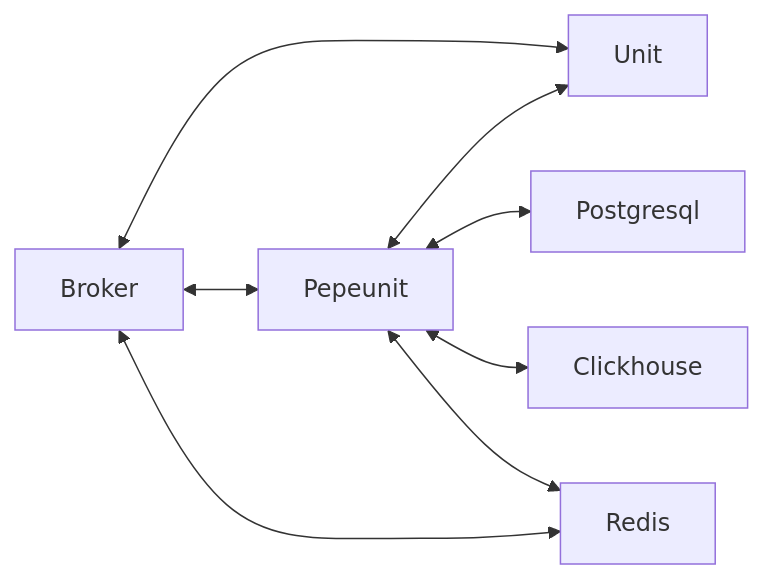
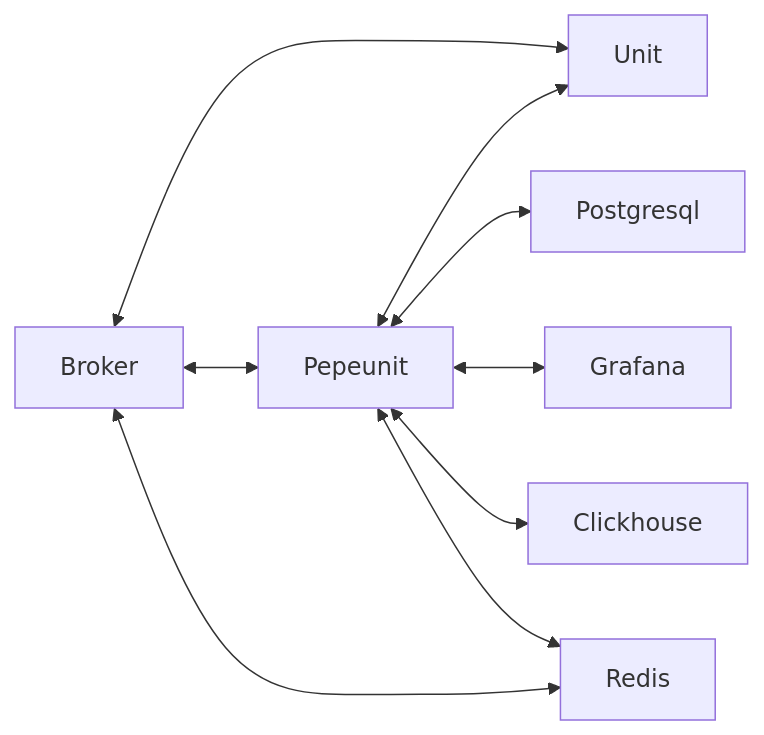
The diagram in docs/deployment/dependencies.md (w7a8n1y4a/pepeunit), drawn with Mermaid before and after one commit. The commit also changed other lines of this file and 7 other files, not shown here.

````diff
--- a/docs/deployment/dependencies.md
+++ b/docs/deployment/dependencies.md
@@ -39,10 +43,11 @@
 ```mermaid
 flowchart LR
   Broker <--> Unit
   Broker <--> Pepeunit
   Pepeunit <--> Unit
   Pepeunit <--> Postgresql
+  Pepeunit <--> Grafana
   Pepeunit <--> Clickhouse
   Broker <--> Redis
   Pepeunit <--> Redis
 ```
````
